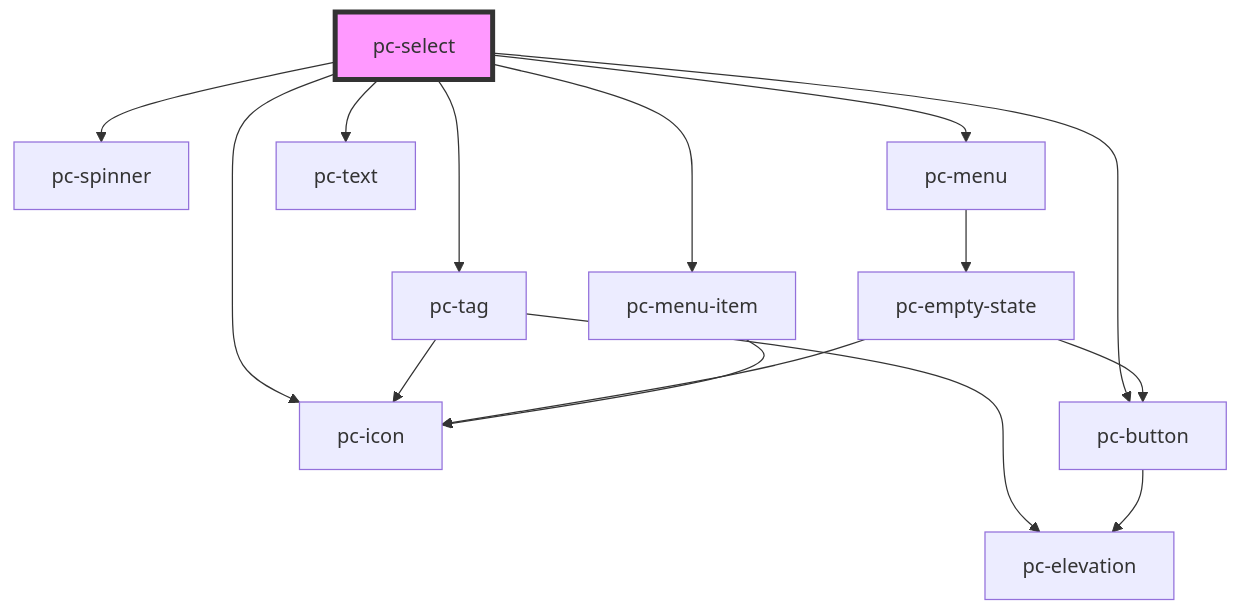
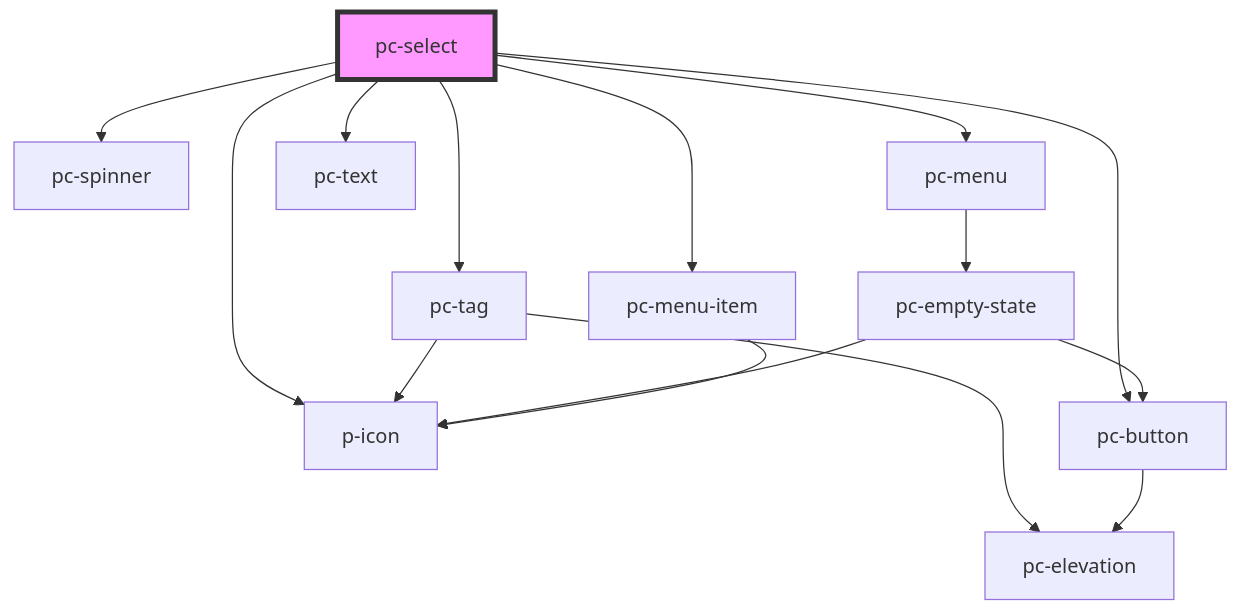
One commit to redvars/peacock changed the diagram in src/components/input-controls/select/readme.md. Above: the diagram before and after it, drawn with Mermaid. The commit also changed other lines of this file and 94 other files, not shown here.

````diff
--- a/src/components/input-controls/select/readme.md
+++ b/src/components/input-controls/select/readme.md
@@ -107,18 +107,18 @@
 ```mermaid
 graph TD;
-  pc-select --> pc-icon
+  pc-select --> p-icon
   pc-select --> pc-tag
   pc-select --> pc-button
   pc-select --> pc-spinner
   pc-select --> pc-menu
   pc-select --> pc-text
   pc-select --> pc-menu-item
-  pc-tag --> pc-icon
+  pc-tag --> p-icon
   pc-tag --> pc-elevation
   pc-button --> pc-elevation
   pc-menu --> pc-empty-state
-  pc-empty-state --> pc-icon
+  pc-empty-state --> p-icon
   pc-empty-state --> pc-button
-  pc-menu-item --> pc-icon
+  pc-menu-item --> p-icon
   style pc-select fill:#f9f,stroke:#333,stroke-width:4px
 ```
````
